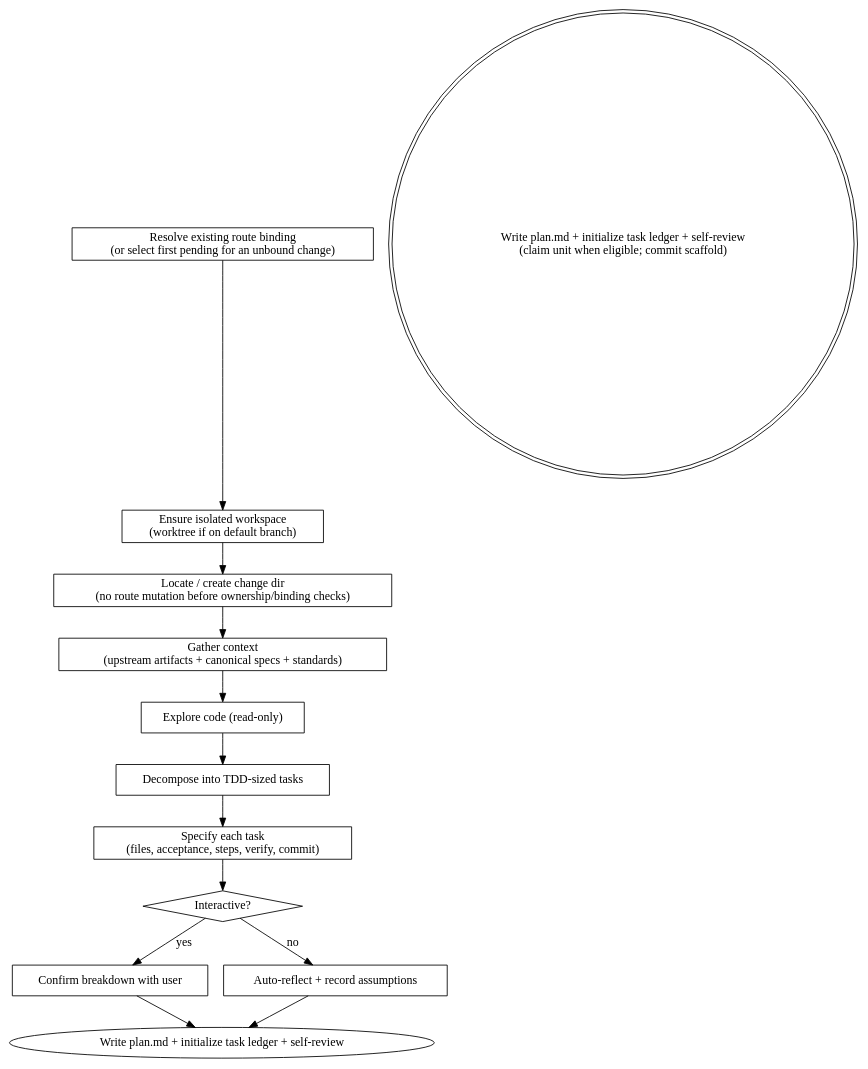
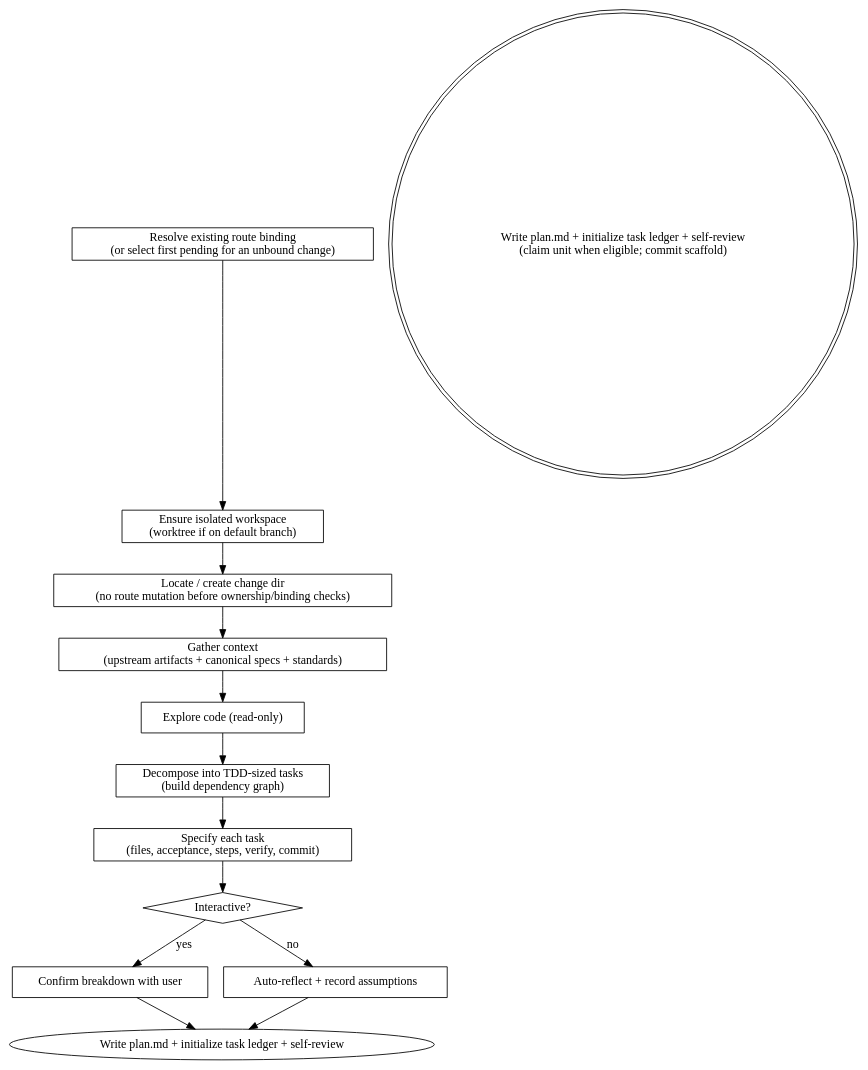
Before and after one commit to vialactea-works/kepler: the diagram in skills/kepler-plan/SKILL.md, drawn with Graphviz. The commit also changed other lines of this file and 1 other file, not shown here.

````diff
--- a/skills/kepler-plan/SKILL.md
+++ b/skills/kepler-plan/SKILL.md
@@ -202,27 +211,27 @@
 ```dot
 digraph kepler_plan {
     "Resolve existing route binding\n(or select first pending for an unbound change)" [shape=box];
     "Ensure isolated workspace\n(worktree if on default branch)" [shape=box];
     "Locate / create change dir\n(no route mutation before ownership/binding checks)" [shape=box];
     "Gather context\n(upstream artifacts + canonical specs + standards)" [shape=box];
     "Explore code (read-only)" [shape=box];
-    "Decompose into TDD-sized tasks" [shape=box];
+    "Decompose into TDD-sized tasks\n(build dependency graph)" [shape=box];
     "Specify each task\n(files, acceptance, steps, verify, commit)" [shape=box];
     "Interactive?" [shape=diamond];
     "Confirm breakdown with user" [shape=box];
     "Auto-reflect + record assumptions" [shape=box];
     "Write plan.md + initialize task ledger + self-review\n(claim unit when eligible; commit scaffold)" [shape=doublecircle];
 
     "Resolve existing route binding\n(or select first pending for an unbound change)" -> "Ensure isolated workspace\n(worktree if on default branch)";
     "Ensure isolated workspace\n(worktree if on default branch)" -> "Locate / create change dir\n(no route mutation before ownership/binding checks)";
     "Locate / create change dir\n(no route mutation before ownership/binding checks)" -> "Gather context\n(upstream artifacts + canonical specs + standards)";
     "Gather context\n(upstream artifacts + canonical specs + standards)" -> "Explore code (read-only)";
-    "Explore code (read-only)" -> "Decompose into TDD-sized tasks";
-    "Decompose into TDD-sized tasks" -> "Specify each task\n(files, acceptance, steps, verify, commit)";
+    "Explore code (read-only)" -> "Decompose into TDD-sized tasks\n(build dependency graph)";
+    "Decompose into TDD-sized tasks\n(build dependency graph)" -> "Specify each task\n(files, acceptance, steps, verify, commit)";
     "Specify each task\n(files, acceptance, steps, verify, commit)" -> "Interactive?";
     "Interactive?" -> "Confirm breakdown with user" [label="yes"];
     "Interactive?" -> "Auto-reflect + record assumptions" [label="no"];
     "Confirm breakdown with user" -> "Write plan.md + initialize task ledger + self-review";
     "Auto-reflect + record assumptions" -> "Write plan.md + initialize task ledger + self-review";
 }
 ```
````
